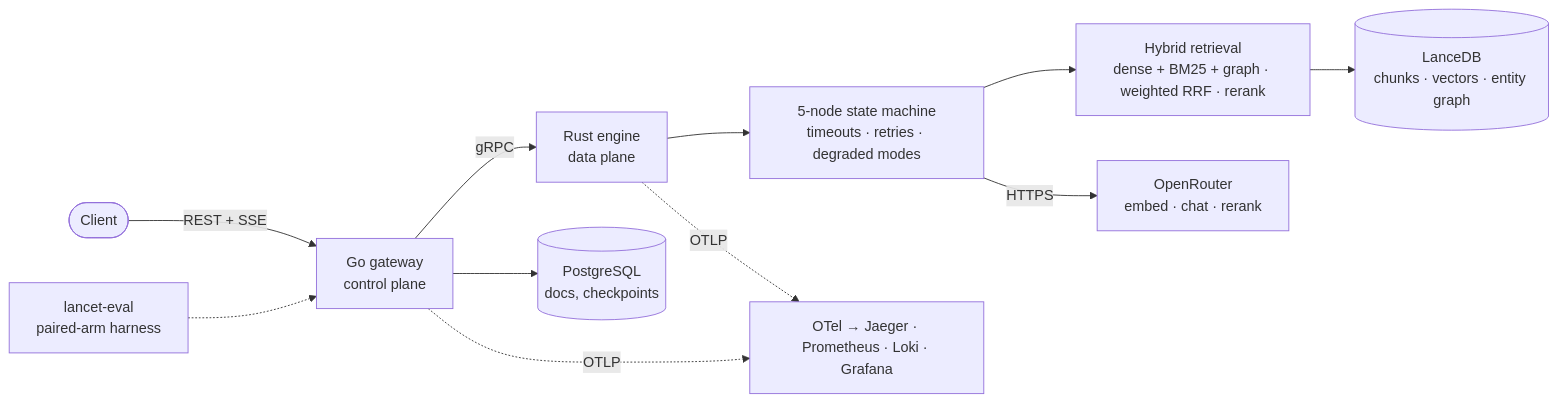
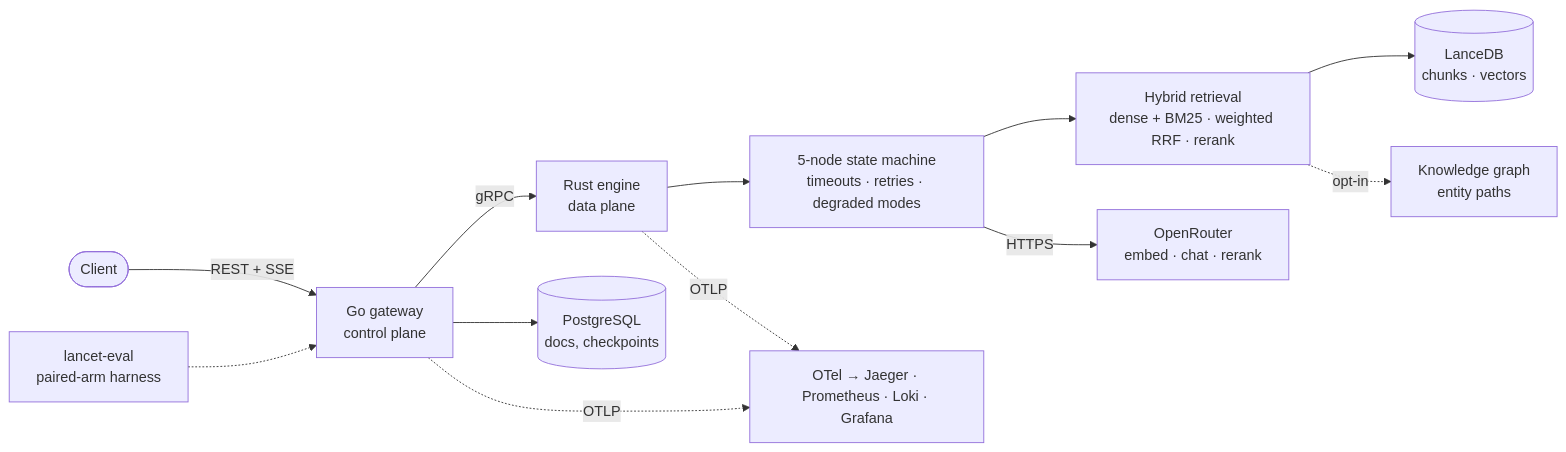
Before and after one commit to mileschintw/rust-lancedb-graphrag: the diagram in README.md, drawn with Mermaid. The commit also changed other lines of this file and 1 other file, not shown here.

Commit message:
docs(readme): lead with shipped levers, position graph as opt-in (D-213, D-216)

````diff
--- a/README.md
+++ b/README.md
@@ -56,12 +56,13 @@
 ```mermaid
 graph LR
     User([Client]) -->|REST + SSE| GW[Go gateway<br>control plane]
     GW -->|gRPC| EN[Rust engine<br>data plane]
     GW --> PG[(PostgreSQL<br>docs, checkpoints)]
     EN --> SM[5-node state machine<br>timeouts · retries · degraded modes]
-    SM --> RET[Hybrid retrieval<br>dense + BM25 + graph · weighted RRF · rerank]
-    RET --> LDB[(LanceDB<br>chunks · vectors · entity graph)]
+    SM --> RET[Hybrid retrieval<br>dense + BM25 · weighted RRF · rerank]
+    RET --> LDB[(LanceDB<br>chunks · vectors)]
+    RET -.->|opt-in| KG[Knowledge graph<br>entity paths]
     SM -->|HTTPS| LLM[OpenRouter<br>embed · chat · rerank]
     GW & EN -.->|OTLP| OBS[OTel → Jaeger · Prometheus · Loki · Grafana]
     EVAL[lancet-eval<br>paired-arm harness] -.-> GW
 ```
````
